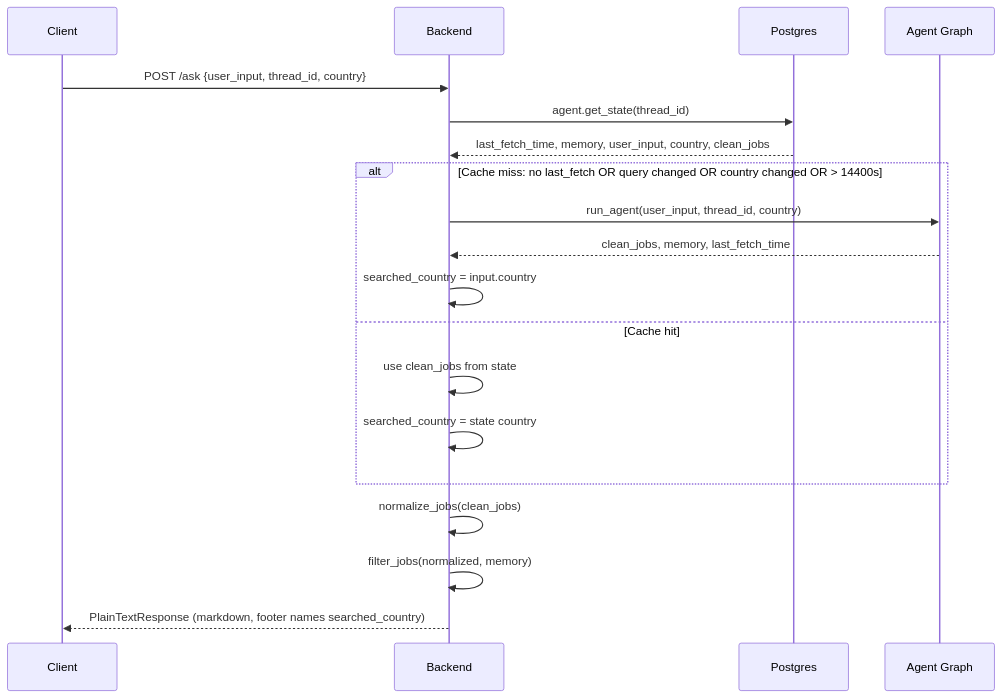
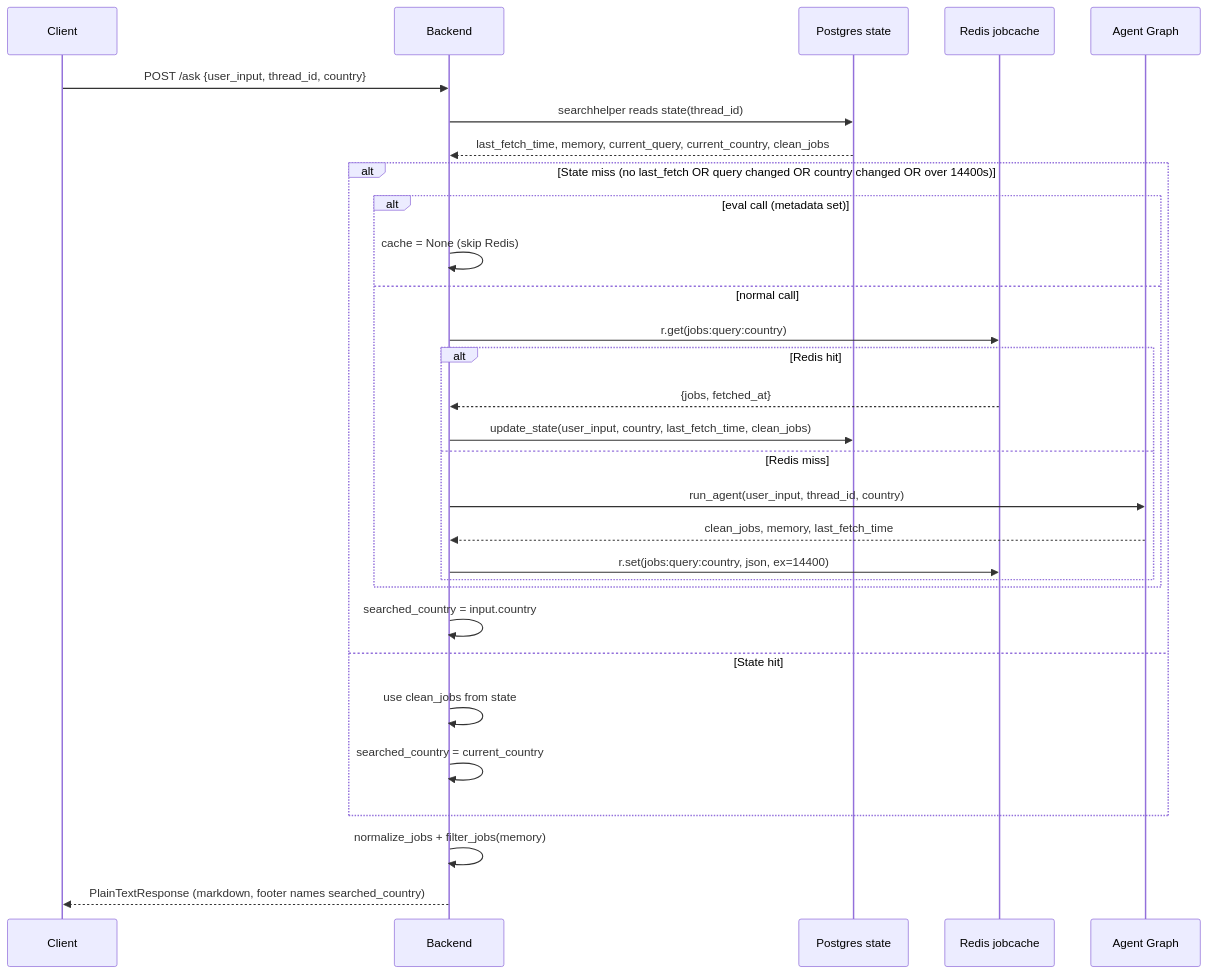
The diagram in openwiki/architecture/backend-api.md (tsouk88/job-search-agent), drawn with Mermaid before and after one commit. The commit also changed other lines of this file and 30 other files, not shown here.

````diff
--- a/openwiki/architecture/backend-api.md
+++ b/openwiki/architecture/backend-api.md
@@ -61,22 +158,33 @@
 ```mermaid
 sequenceDiagram
     participant C as Client
     participant B as Backend
-    participant PG as Postgres
+    participant PG as Postgres state
+    participant R as Redis jobcache
     participant G as Agent Graph
 
     C->>B: POST /ask {user_input, thread_id, country}
-    B->>PG: agent.get_state(thread_id)
-    PG-->>B: last_fetch_time, memory, user_input, country, clean_jobs
-    alt Cache miss: no last_fetch OR query changed OR country changed OR > 14400s
-        B->>G: run_agent(user_input, thread_id, country)
-        G-->>B: clean_jobs, memory, last_fetch_time
+    B->>PG: searchhelper reads state(thread_id)
+    PG-->>B: last_fetch_time, memory, current_query, current_country, clean_jobs
+    alt State miss (no last_fetch OR query changed OR country changed OR over 14400s)
+        alt eval call (metadata set)
+            B->>B: cache = None (skip Redis)
+        else normal call
+            B->>R: r.get(jobs:query:country)
+            alt Redis hit
+                R-->>B: {jobs, fetched_at}
+                B->>PG: update_state(user_input, country, last_fetch_time, clean_jobs)
+            else Redis miss
+                B->>G: run_agent(user_input, thread_id, country)
+                G-->>B: clean_jobs, memory, last_fetch_time
+                B->>R: r.set(jobs:query:country, json, ex=14400)
+            end
+        end
         B->>B: searched_country = input.country
-    else Cache hit
+    else State hit
         B->>B: use clean_jobs from state
-        B->>B: searched_country = state country
+        B->>B: searched_country = current_country
     end
-    B->>B: normalize_jobs(clean_jobs)
-    B->>B: filter_jobs(normalized, memory)
+    B->>B: normalize_jobs + filter_jobs(memory)
     B-->>C: PlainTextResponse (markdown, footer names searched_country)
 ```
````
